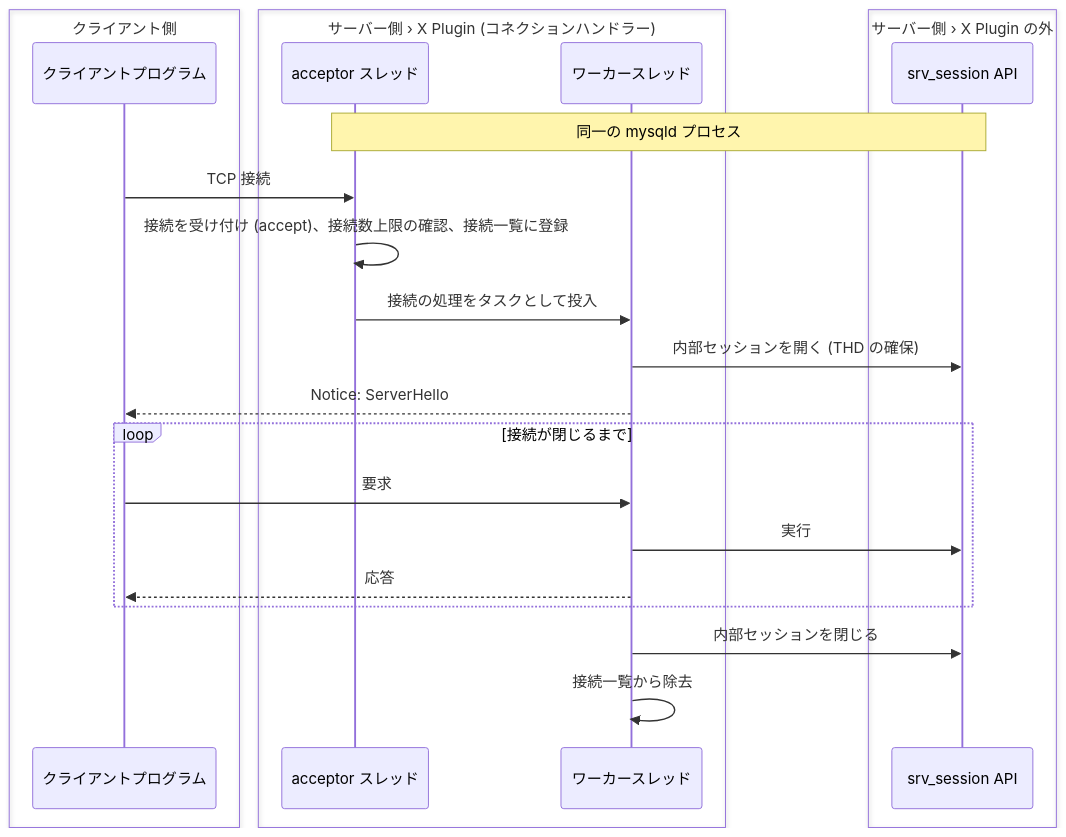
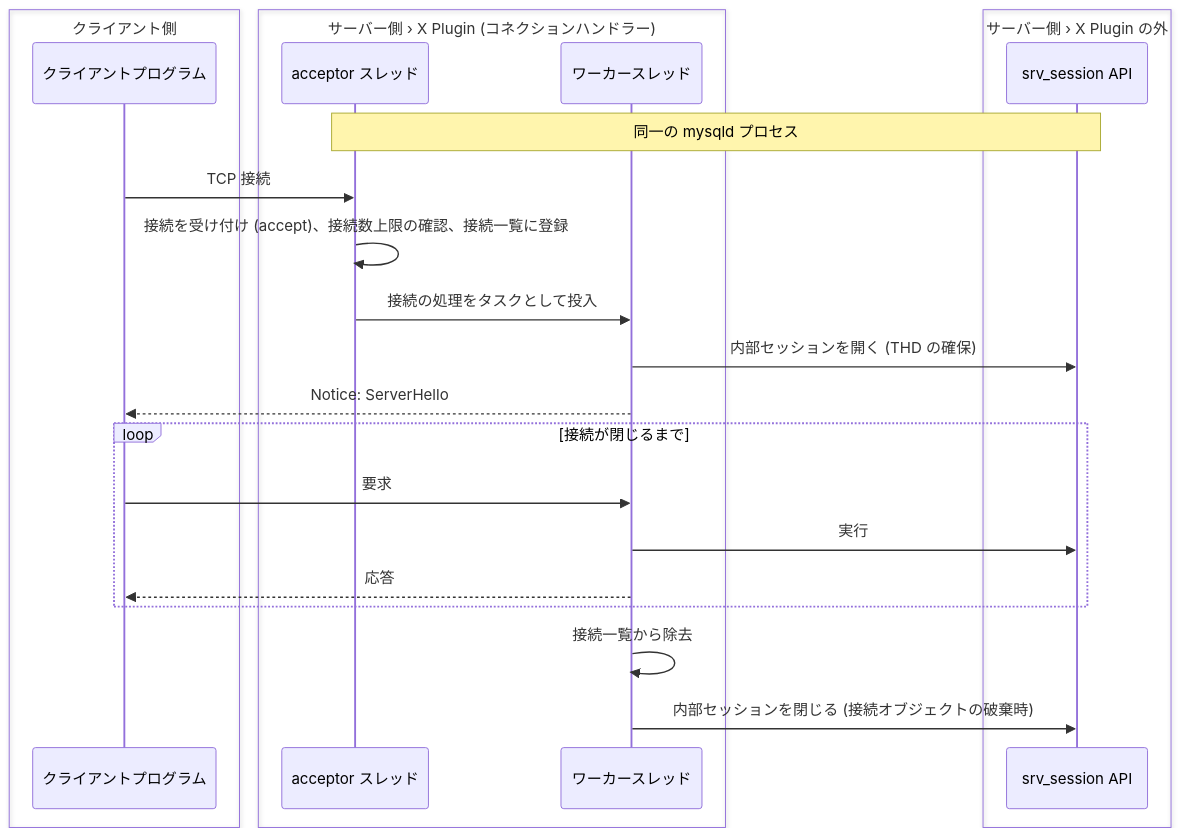
One commit to ren-yamanashi/minesql changed the first of 3 diagrams in docs/specification/connection/connection_handler.md. Above: the diagram before and after it, drawn with Mermaid. The commit also changed other lines of this file and 5 other files, not shown here.

````diff
--- a/docs/specification/connection/connection_handler.md
+++ b/docs/specification/connection/connection_handler.md
@@ -66,26 +69,26 @@
 ```mermaid
 sequenceDiagram
     box クライアント側
         participant C as クライアントプログラム
     end
     box サーバー側 › X Plugin (コネクションハンドラー)
         participant A as acceptor スレッド
         participant W as ワーカースレッド
     end
     box サーバー側 › X Plugin の外
         participant S as srv_session API
     end
     Note over A,S: 同一の mysqld プロセス
     C->>A: TCP 接続
     A->>A: 接続を受け付け (accept)、接続数上限の確認、接続一覧に登録
     A->>W: 接続の処理をタスクとして投入
     W->>S: 内部セッションを開く (THD の確保)
     W-->>C: Notice: ServerHello
     loop 接続が閉じるまで
         C->>W: 要求
         W->>S: 実行
         W-->>C: 応答
     end
-    W->>S: 内部セッションを閉じる
     W->>W: 接続一覧から除去
+    W->>S: 内部セッションを閉じる (接続オブジェクトの破棄時)
 ```
````
